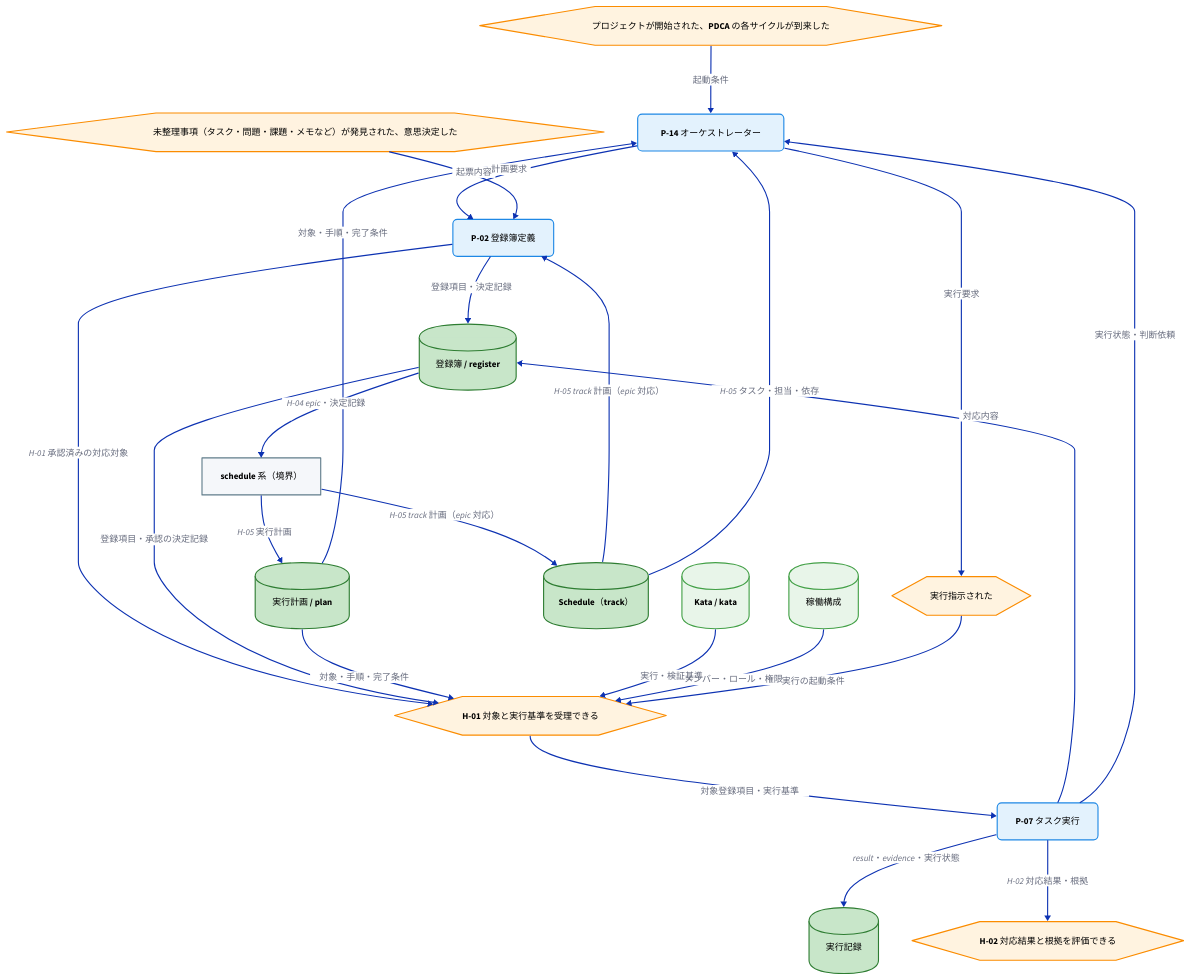
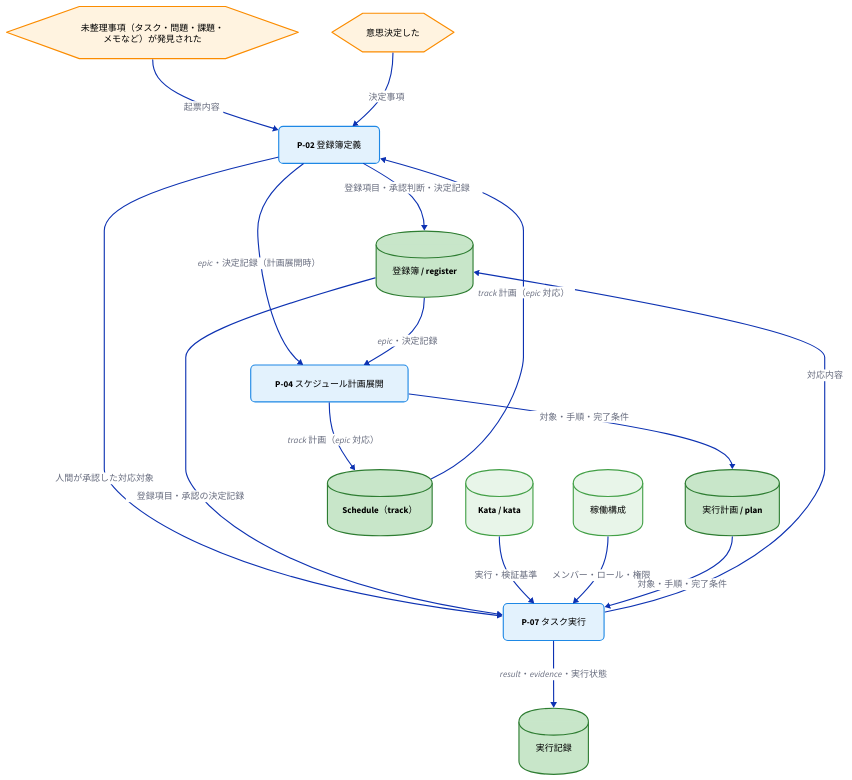
One commit to specdojo/specdojo changed the first of 3 diagrams in docs/ja/product/010-business-specs/010-data-flow/cdfd-uc-register.md. Above: the diagram before and after it, drawn with D2. The commit also changed other lines of this file and 4 other files, not shown here.

Commit message:
exec(T-DATA-FLOW-UC-REWRITE-cdfd-uc-register-010): apply task changes

````diff
--- a/docs/ja/product/010-business-specs/010-data-flow/cdfd-uc-register.md
+++ b/docs/ja/product/010-business-specs/010-data-flow/cdfd-uc-register.md
@@ -126,26 +113,14 @@
       font-color: "#000000"
     }
   }
-  actor: {
-    shape: rectangle
-    style: {
-      fill: "#f5f7fa"
-      stroke: "#607d8b"
-      font-color: "#000000"
-    }
-  }
 }
 
-orchestrator: "P-14 オーケストレーター" { class: process }
 register_def: "P-02 登録簿定義" { class: process }
+plan: "P-04 スケジュール計画展開" { class: process }
 execute: "P-07 タスク実行" { class: process }
 
-cycle_start: "プロジェクトが開始された、PDCA の各サイクルが到来した" { class: event }
-start: "未整理事項（タスク・問題・課題・メモなど）が発見された、意思決定した" { class: event }
-execute_requested: "実行指示された" { class: event }
-h01: "H-01 対象と実行基準を受理できる" { class: event }
-h02: "H-02 対応結果と根拠を評価できる" { class: event }
-schedule_sys: "schedule 系（境界）" { class: actor }
+start: "未整理事項（タスク・問題・課題・\nメモなど）が発見された" { class: event }
+decision: "意思決定した" { class: event }
 kata: "Kata / kata" { class: store_master }
 config: "稼働構成" { class: store_master }
 register: "登録簿 / register" { class: store_transaction }
@@ -153,26 +128,19 @@
 exec_plan: "実行計画 / plan" { class: store_transaction }
 exec_log: "実行記録" { class: store_transaction }
 
-cycle_start -> orchestrator: "起動条件"
-orchestrator -> register_def: "計画要求"
 start -> register_def: "起票内容"
-register_def -> register: "登録項目・決定記録"
-register_def -> h01: "H-01 承認済みの対応対象"
-register -> h01: "登録項目・承認の決定記録"
-exec_plan -> h01: "対象・手順・完了条件"
-kata -> h01: "実行・検証基準"
-config -> h01: "メンバー・ロール・権限"
-orchestrator -> execute_requested: "実行要求"
-execute_requested -> h01: "実行の起動条件"
-h01 -> execute: "対象登録項目・実行基準"
+decision -> register_def: "決定事項"
+register_def -> register: "登録項目・承認判断・決定記録"
+register_def -> execute: "人間が承認した対応対象"
+register -> execute: "登録項目・承認の決定記録"
+execute <- kata: "実行・検証基準"
+execute <- config: "メンバー・ロール・権限"
+register_def -> plan: "epic・決定記録（計画展開時）"
+register -> plan: "epic・決定記録"
+plan -> schedule: "track 計画（epic 対応）"
+register_def <- schedule: "track 計画（epic 対応）"
+plan -> exec_plan: "対象・手順・完了条件"
+exec_plan -> execute: "対象・手順・完了条件"
 register <- execute: "対応内容"
 execute -> exec_log: "result・evidence・実行状態"
-execute -> h02: "H-02 対応結果・根拠"
-orchestrator <- execute: "実行状態・判断依頼"
-register -> schedule_sys: "H-04 epic・決定記録"
-schedule_sys -> schedule: "H-05 track 計画（epic 対応）"
-schedule_sys -> exec_plan: "H-05 実行計画"
-register_def <- schedule: "H-05 track 計画（epic 対応）"
-orchestrator <- schedule: "H-05 タスク・担当・依存"
-orchestrator <- exec_plan: "対象・手順・完了条件"
 ```
````
